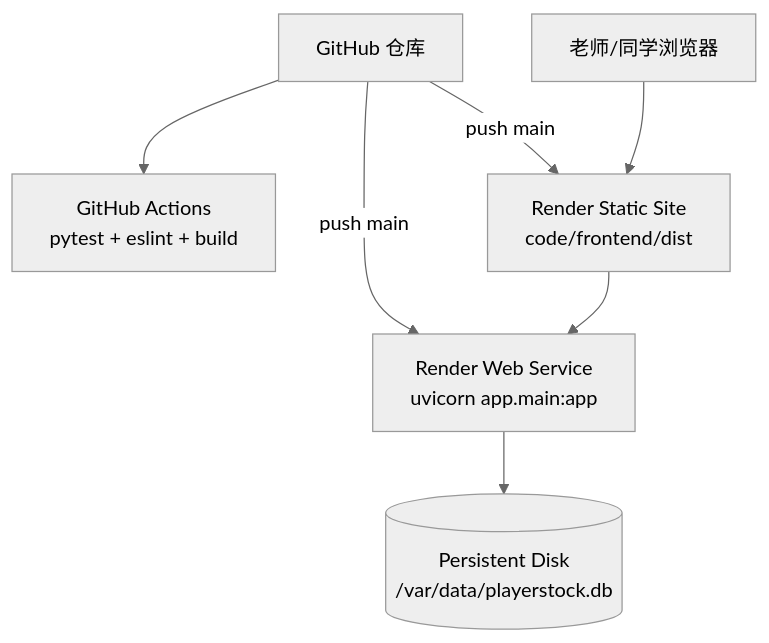
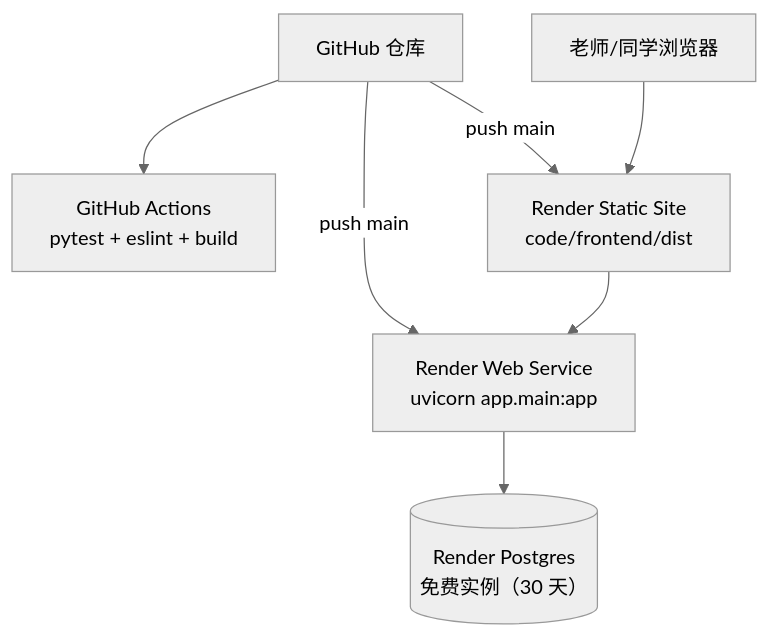
The fifth of 5 diagrams in docs/software/architecture.md (July75-bit/Innovation), drawn with Mermaid (neutral theme) before and after one commit. The commit also changed other lines of this file and 6 other files, not shown here.

````diff
--- a/docs/software/architecture.md
+++ b/docs/software/architecture.md
@@ -121,9 +148,9 @@
 ```mermaid
 flowchart TB
     GH["GitHub 仓库"] --> CI["GitHub Actions<br/>pytest + eslint + build"]
     GH -- "push main" --> R1["Render Static Site<br/>code/frontend/dist"]
     GH -- "push main" --> R2["Render Web Service<br/>uvicorn app.main:app"]
-    R2 --> DISK[("Persistent Disk<br/>/var/data/playerstock.db")]
+    R2 --> DB[("Render Postgres<br/>免费实例（30 天）")]
     U["老师/同学浏览器"] --> R1
     R1 --> R2
 ```
````
